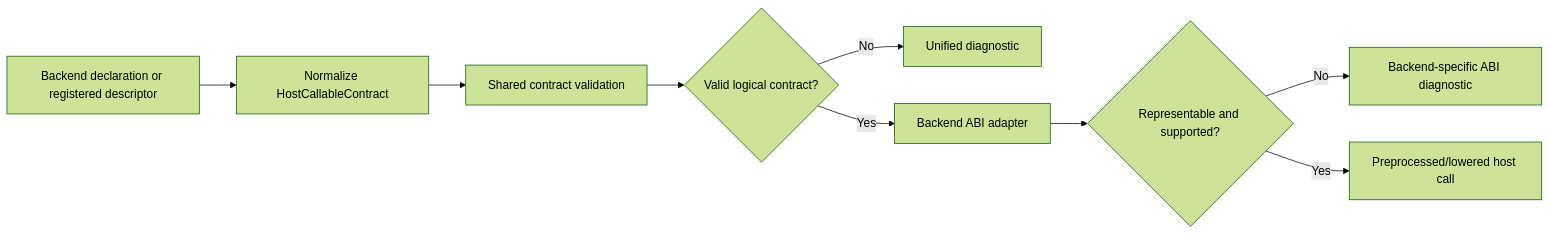
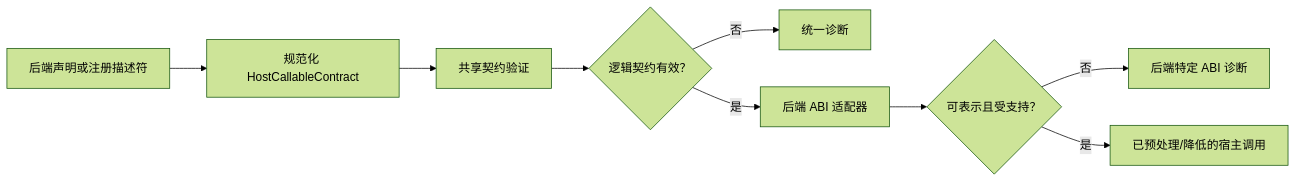
The diagram in RFCs/08-08-cross-backend-host-ffi-contracts-rfc.md (calcit-lang/calcit), drawn with Mermaid (forest theme) before and after one commit. The commit also changed other lines of this file, not shown here.

Commit message:
docs: translate host FFI contract RFC

````diff
--- a/RFCs/08-08-cross-backend-host-ffi-contracts-rfc.md
+++ b/RFCs/08-08-cross-backend-host-ffi-contracts-rfc.md
@@ -292,11 +292,11 @@
 ```mermaid
 flowchart LR
-  A[Backend declaration or registered descriptor] --> B[Normalize HostCallableContract]
-  B --> C[Shared contract validation]
-  C --> D{Valid logical contract?}
-  D -->|No| E[Unified diagnostic]
-  D -->|Yes| F[Backend ABI adapter]
-  F --> G{Representable and supported?}
-  G -->|No| H[Backend-specific ABI diagnostic]
-  G -->|Yes| I[Preprocessed/lowered host call]
+  A[后端声明或注册描述符] --> B[规范化 HostCallableContract]
+  B --> C[共享契约验证]
+  C --> D{逻辑契约有效？}
+  D -->|否| E[统一诊断]
+  D -->|是| F[后端 ABI 适配器]
+  F --> G{可表示且受支持？}
+  G -->|否| H[后端特定 ABI 诊断]
+  G -->|是| I[已预处理/降低的宿主调用]
 ```
````
